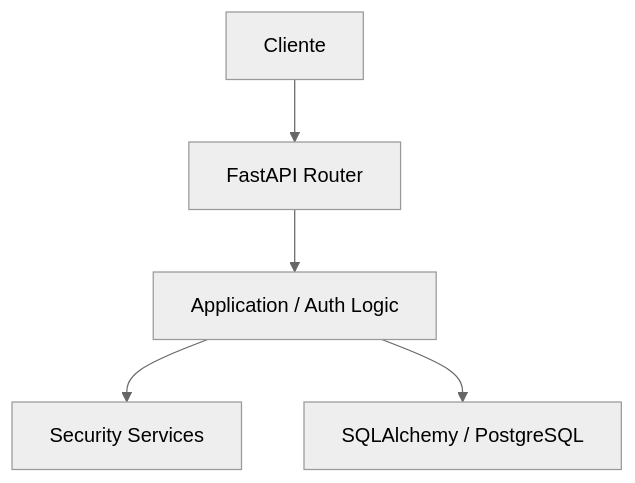
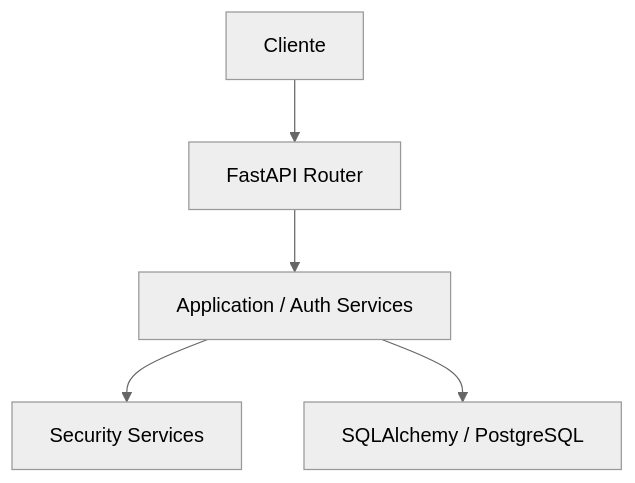
The third of 22 diagrams in docs/060_API.md (chirijose79-ui/Chiri), drawn with Mermaid (neutral theme) before and after one commit. The commit also changed other lines of this file, not shown here.

````diff
--- a/docs/060_API.md
+++ b/docs/060_API.md
@@ -212,18 +262,18 @@
-```mermaid
+```mermaid id="2w7n6p"
 flowchart TB
 
     Client["Cliente"]
 
     Router["FastAPI Router"]
 
-    Application["Application / Auth Logic"]
+    Application["Application / Auth Services"]
 
     Security["Security Services"]
 
     Database["SQLAlchemy / PostgreSQL"]
 
     Client --> Router
     Router --> Application
     Application --> Security
     Application --> Database
 ```
````
